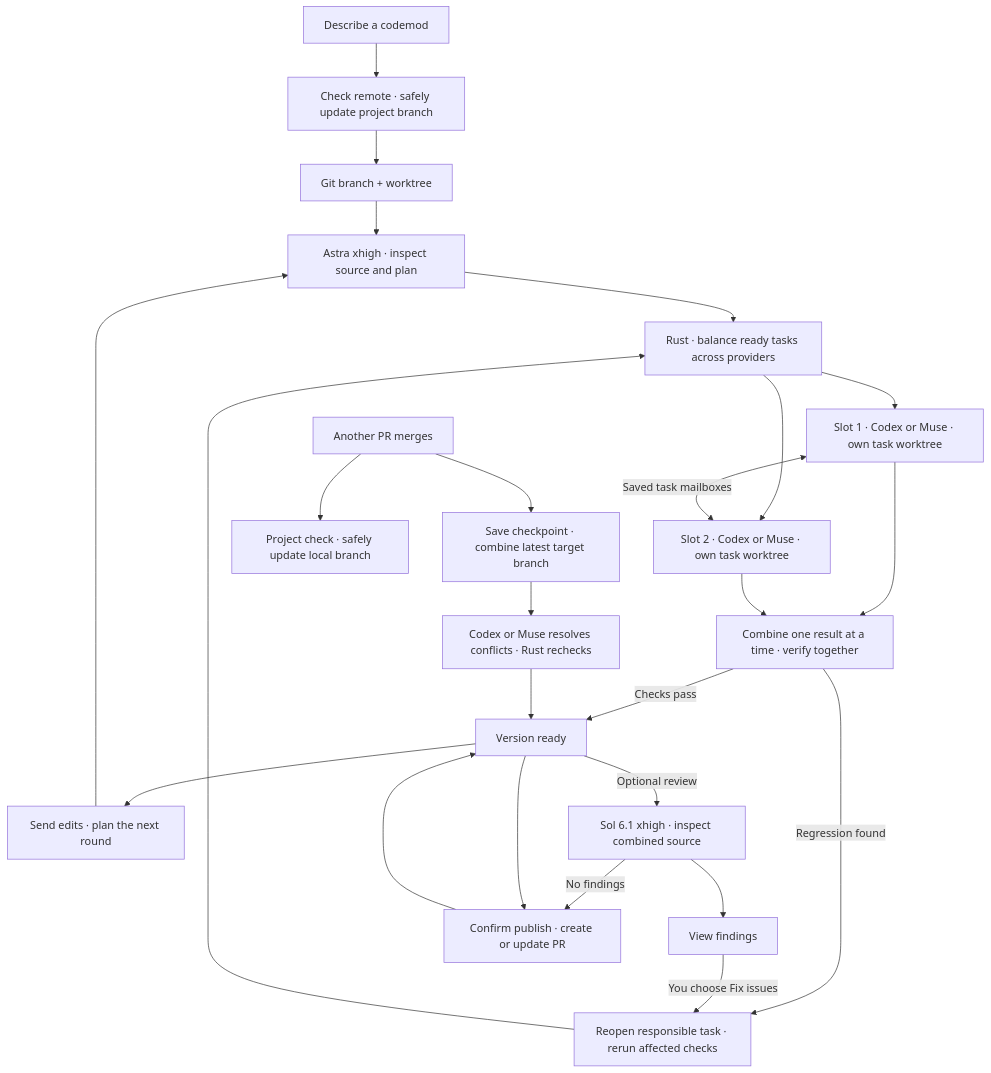
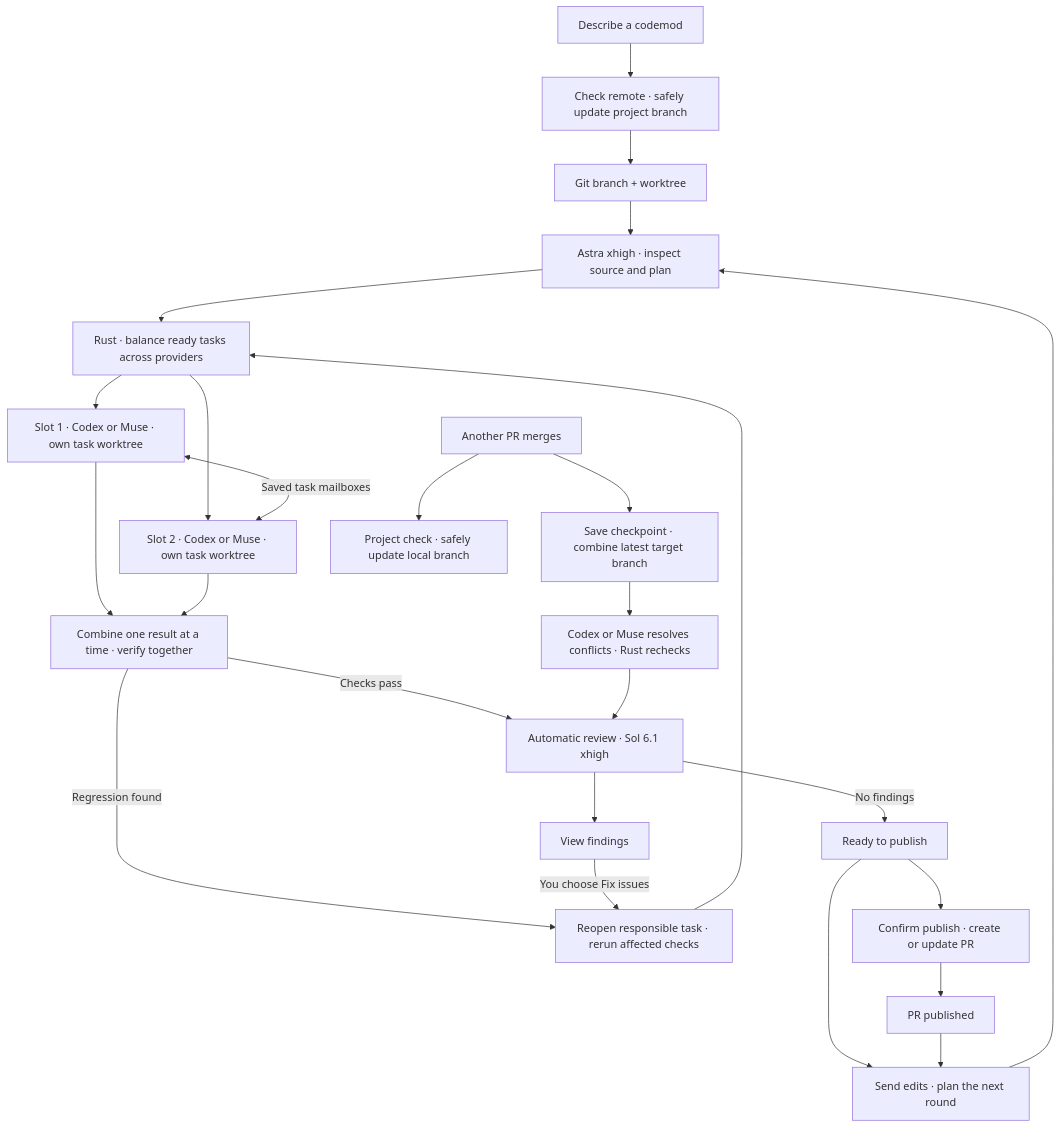
The diagram in README.md (minimumeffort-dev/sprowt.harness), drawn with Mermaid before and after one commit. The commit also changed other lines of this file and 16 other files, not shown here.

````diff
--- a/README.md
+++ b/README.md
@@ -37,27 +37,27 @@
 ```mermaid
 flowchart TB
     goal["Describe a codemod"] --> sync["Check remote · safely update project branch"]
     sync --> setup["Git branch + worktree"]
     setup --> planner["Astra xhigh · inspect source and plan"]
     planner --> schedule["Rust · balance ready tasks across providers"]
     schedule --> first["Slot 1 · Codex or Muse · own task worktree"]
     schedule --> second["Slot 2 · Codex or Muse · own task worktree"]
     first <-->|"Saved task mailboxes"| second
     first --> combine["Combine one result at a time · verify together"]
     second --> combine
-    combine -->|"Checks pass"| ready["Version ready"]
+    combine -->|"Checks pass"| reviewer["Automatic review · Sol 6.1 xhigh"]
     combine -->|"Regression found"| repair["Reopen responsible task · rerun affected checks"]
     repair --> schedule
     ready --> edits["Send edits · plan the next round"]
     edits --> planner
-    ready -->|"Optional review"| reviewer["Sol 6.1 xhigh · inspect combined source"]
     reviewer --> findings["View findings"]
     findings -->|"You choose Fix issues"| repair
-    reviewer -->|"No findings"| publish
+    reviewer -->|"No findings"| ready["Ready to publish"]
     ready --> publish["Confirm publish · create or update PR"]
-    publish --> ready
+    publish --> published["PR published"]
+    published --> edits
     upstream["Another PR merges"] --> update["Save checkpoint · combine latest target branch"]
     upstream --> local["Project check · safely update local branch"]
     update --> verify["Codex or Muse resolves conflicts · Rust rechecks"]
-    verify --> ready
+    verify --> reviewer
 ```
````
